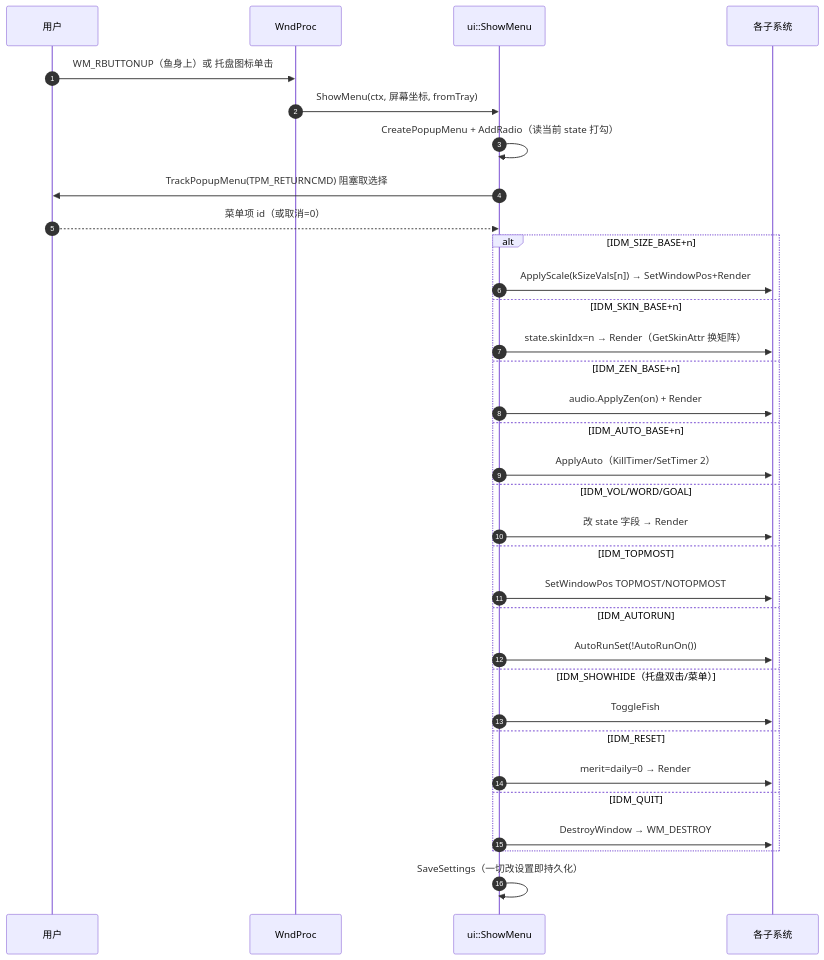
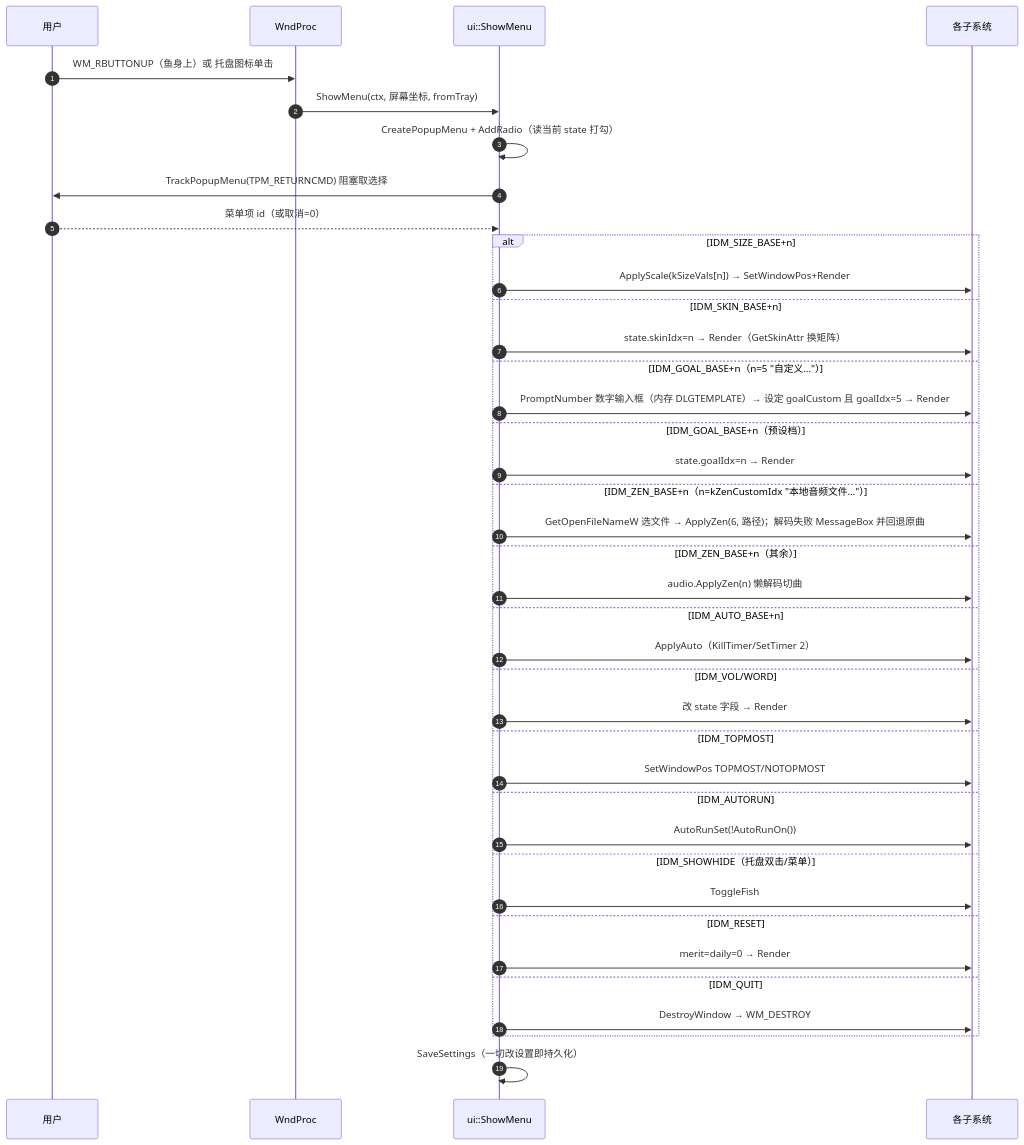
Before and after one commit to TianYunCode/wooden_fish: the fourth of 5 diagrams in docs/sequence-diagrams.md, drawn with Mermaid. The commit also changed other lines of this file and 4 other files, not shown here.

````diff
--- a/docs/sequence-diagrams.md
+++ b/docs/sequence-diagrams.md
@@ -119,36 +119,42 @@
 ```mermaid
 sequenceDiagram
     autonumber
     participant U as 用户
     participant WP as WndProc
     participant MU as ui::ShowMenu
     participant SYS as 各子系统
 
     U->>WP: WM_RBUTTONUP（鱼身上）或 托盘图标单击
     WP->>MU: ShowMenu(ctx, 屏幕坐标, fromTray)
     MU->>MU: CreatePopupMenu + AddRadio（读当前 state 打勾）
     MU->>U: TrackPopupMenu(TPM_RETURNCMD) 阻塞取选择
     U-->>MU: 菜单项 id（或取消=0）
     alt IDM_SIZE_BASE+n
         MU->>SYS: ApplyScale(kSizeVals[n]) → SetWindowPos+Render
     else IDM_SKIN_BASE+n
         MU->>SYS: state.skinIdx=n → Render（GetSkinAttr 换矩阵）
-    else IDM_ZEN_BASE+n
-        MU->>SYS: audio.ApplyZen(on) + Render
+    else IDM_GOAL_BASE+n（n=5 "自定义…"）
+        MU->>SYS: PromptNumber 数字输入框（内存 DLGTEMPLATE）→ 设定 goalCustom 且 goalIdx=5 → Render
+    else IDM_GOAL_BASE+n（预设档）
+        MU->>SYS: state.goalIdx=n → Render
+    else IDM_ZEN_BASE+n（n=kZenCustomIdx "本地音频文件…"）
+        MU->>SYS: GetOpenFileNameW 选文件 → ApplyZen(6, 路径)；解码失败 MessageBox 并回退原曲
+    else IDM_ZEN_BASE+n（其余）
+        MU->>SYS: audio.ApplyZen(n) 懒解码切曲
     else IDM_AUTO_BASE+n
         MU->>SYS: ApplyAuto（KillTimer/SetTimer 2）
-    else IDM_VOL/WORD/GOAL
+    else IDM_VOL/WORD
         MU->>SYS: 改 state 字段 → Render
     else IDM_TOPMOST
         MU->>SYS: SetWindowPos TOPMOST/NOTOPMOST
     else IDM_AUTORUN
         MU->>SYS: AutoRunSet(!AutoRunOn())
     else IDM_SHOWHIDE（托盘双击/菜单）
         MU->>SYS: ToggleFish
     else IDM_RESET
         MU->>SYS: merit=daily=0 → Render
     else IDM_QUIT
         MU->>SYS: DestroyWindow → WM_DESTROY
     end
     MU->>MU: SaveSettings（一切改设置即持久化）
 ```
````
